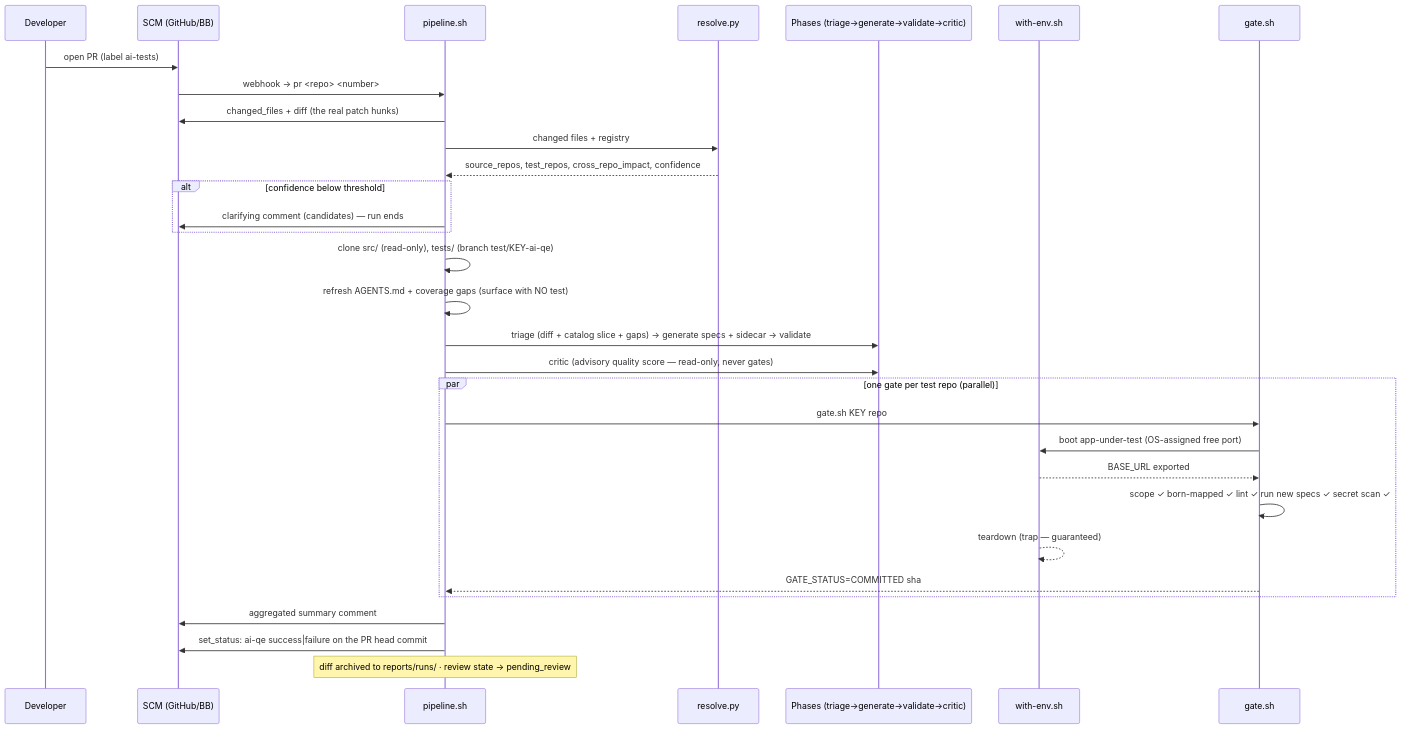
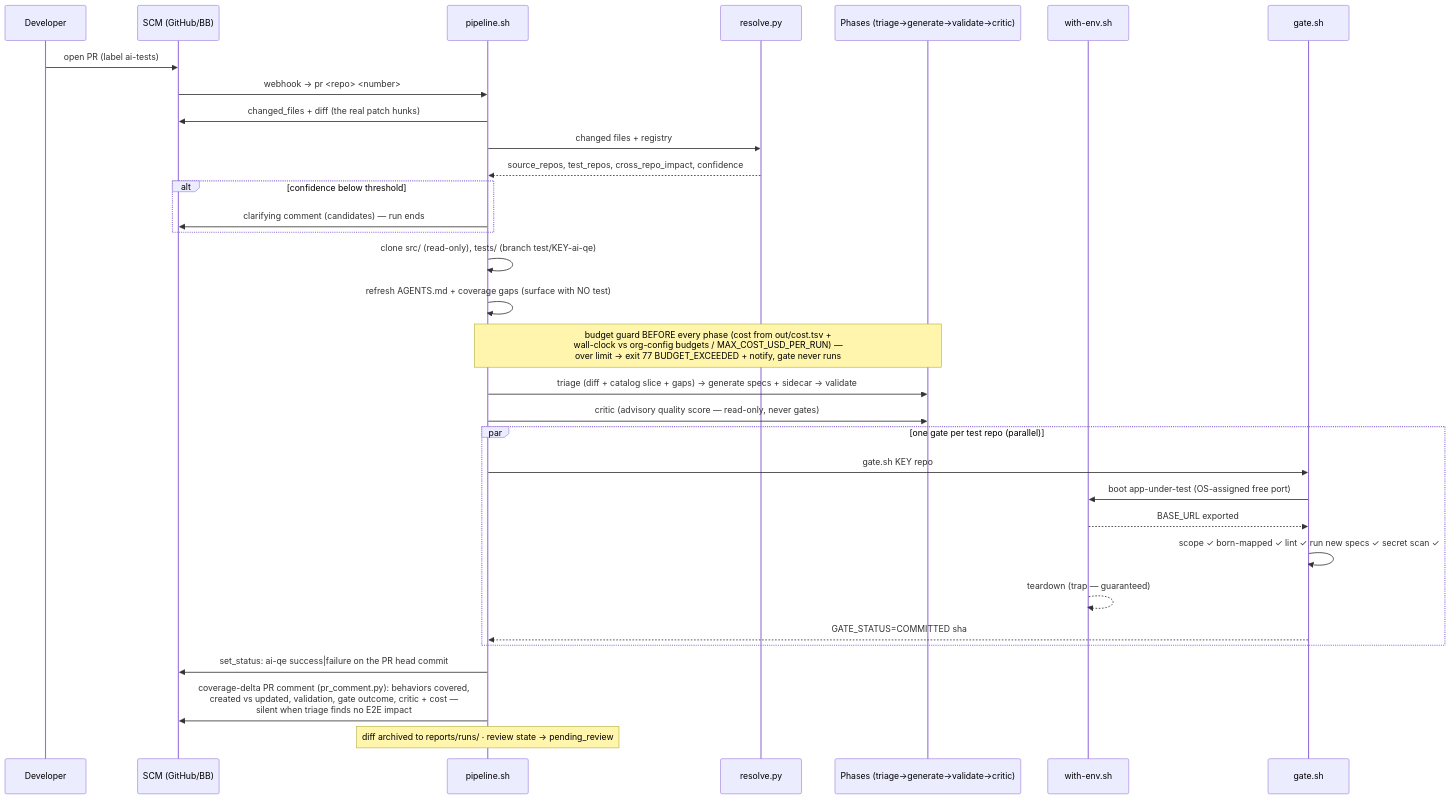
One commit to anandtopu/auto-tests-gen changed the third of 15 diagrams in docs/diagrams.md. Above: the diagram before and after it, drawn with Mermaid. The commit also changed other lines of this file and 92 other files, not shown here.

````diff
--- a/docs/diagrams.md
+++ b/docs/diagrams.md
@@ -78,34 +78,35 @@
 ```mermaid
 sequenceDiagram
     participant Dev as Developer
     participant SCM as SCM (GitHub/BB)
     participant P as pipeline.sh
     participant RES as resolve.py
     participant LLM as Phases (triage→generate→validate→critic)
     participant ENV as with-env.sh
     participant G as gate.sh
 
     Dev->>SCM: open PR (label ai-tests)
     SCM->>P: webhook → pr <repo> <number>
     P->>SCM: changed_files + diff (the real patch hunks)
     P->>RES: changed files + registry
     RES-->>P: source_repos, test_repos, cross_repo_impact, confidence
     alt confidence below threshold
         P->>SCM: clarifying comment (candidates) — run ends
     end
     P->>P: clone src/ (read-only), tests/ (branch test/KEY-ai-qe)
     P->>P: refresh AGENTS.md + coverage gaps (surface with NO test)
+    Note over P,LLM: budget guard BEFORE every phase (cost from out/cost.tsv +<br/>wall-clock vs org-config budgets / MAX_COST_USD_PER_RUN) —<br/>over limit → exit 77 BUDGET_EXCEEDED + notify, gate never runs
     P->>LLM: triage (diff + catalog slice + gaps) → generate specs + sidecar → validate
     P->>LLM: critic (advisory quality score — read-only, never gates)
     par one gate per test repo (parallel)
         P->>G: gate.sh KEY repo
         G->>ENV: boot app-under-test (OS-assigned free port)
         ENV-->>G: BASE_URL exported
         G->>G: scope ✓ born-mapped ✓ lint ✓ run new specs ✓ secret scan ✓
         ENV-->>ENV: teardown (trap — guaranteed)
         G-->>P: GATE_STATUS=COMMITTED sha
     end
-    P->>SCM: aggregated summary comment
     P->>SCM: set_status: ai-qe success|failure on the PR head commit
+    P->>SCM: coverage-delta PR comment (pr_comment.py): behaviors covered,<br/>created vs updated, validation, gate outcome, critic + cost —<br/>silent when triage finds no E2E impact
     Note over P: diff archived to reports/runs/ · review state → pending_review
 ```
````
